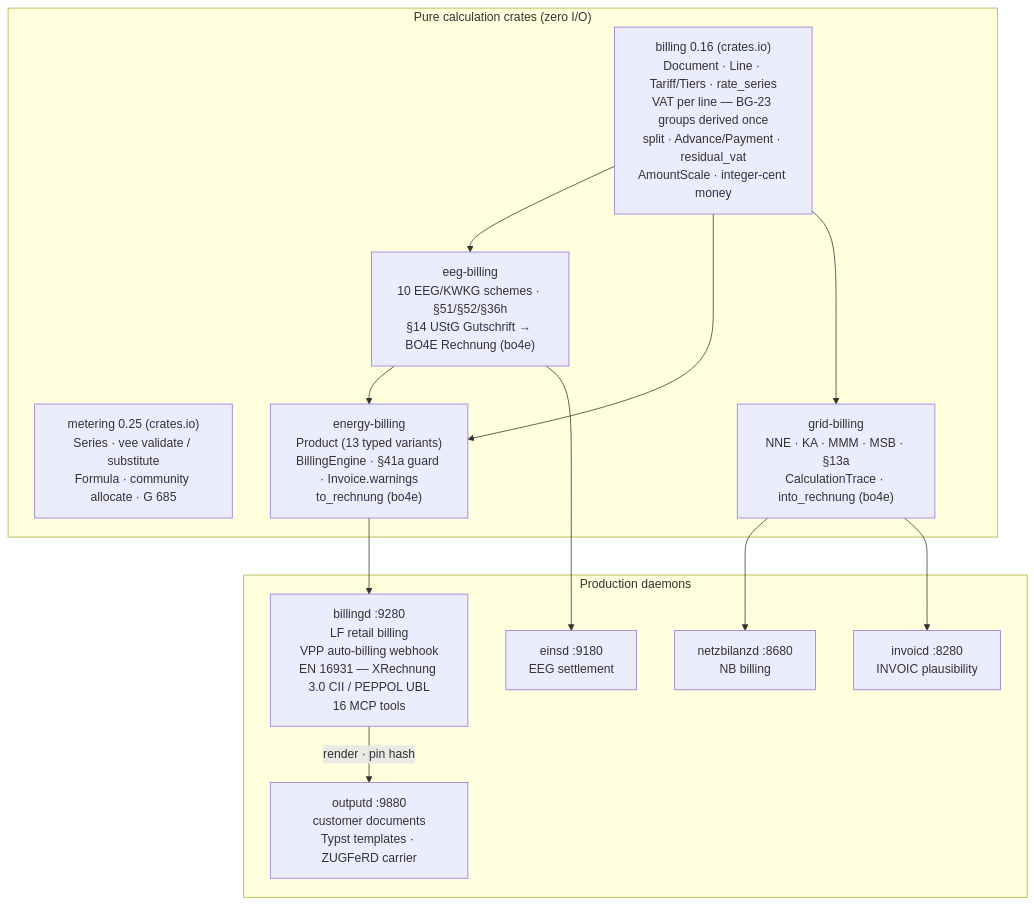
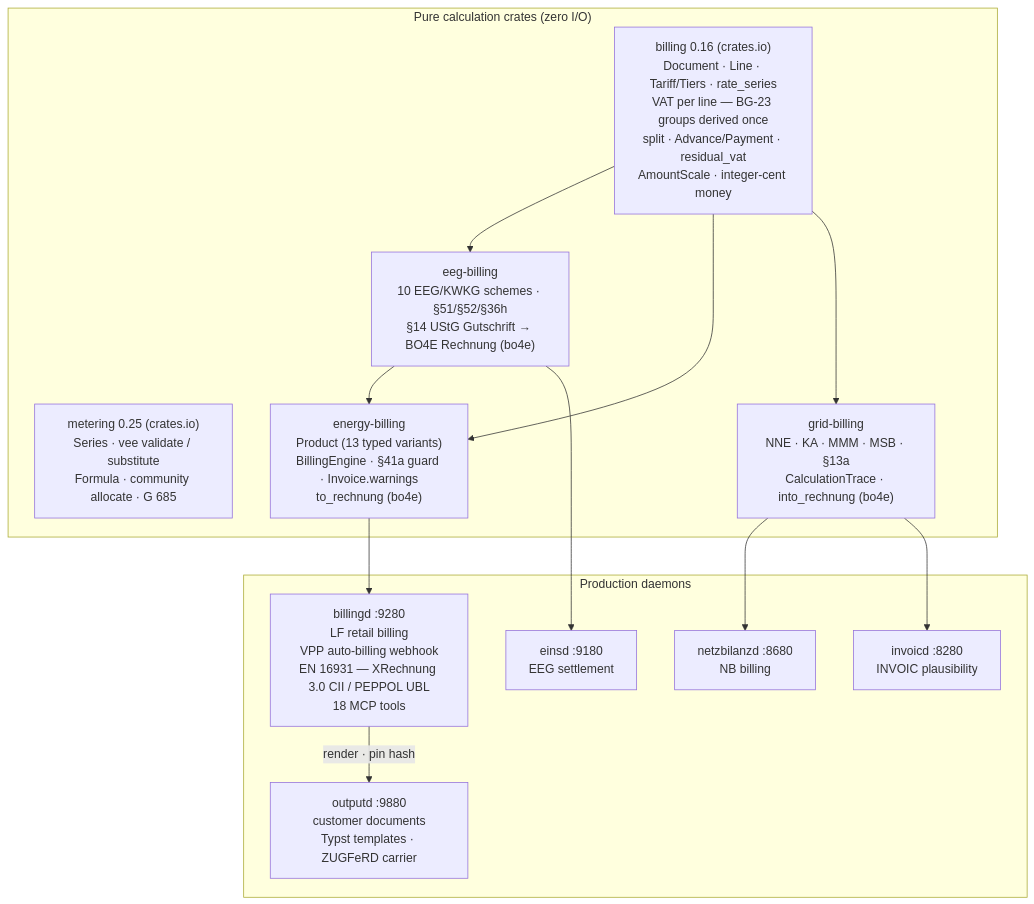
The third of 5 diagrams in site/content/docs/architecture/_index.md (hupe1980/mako), drawn with Mermaid before and after one commit. The commit also changed 584 other files, not shown here.

````diff
--- a/site/content/docs/architecture/_index.md
+++ b/site/content/docs/architecture/_index.md
@@ -177,28 +177,28 @@
 ```mermaid
 graph TD
     subgraph pure ["Pure calculation crates (zero I/O)"]
         billing["billing 0.16 (crates.io)<br/>Document · Line · Tariff/Tiers · rate_series<br/>VAT per line — BG-23 groups derived once<br/>split · Advance/Payment · residual_vat<br/>AmountScale · integer-cent money"]
         metering["metering 0.25 (crates.io)<br/>Series · vee validate / substitute<br/>Formula · community allocate · G 685"]
         eeg["eeg-billing<br/>10 EEG/KWKG schemes · §51/§52/§36h<br/>§14 UStG Gutschrift → BO4E Rechnung (bo4e)"]
         grid["grid-billing<br/>NNE · KA · MMM · MSB · §13a<br/>CalculationTrace · into_rechnung (bo4e)"]
         energy["energy-billing<br/>Product (13 typed variants)<br/>BillingEngine · §41a guard · Invoice.warnings<br/>to_rechnung (bo4e)"]
     end
 
     subgraph daemons ["Production daemons"]
         netzbilanzd["netzbilanzd :8680<br/>NB billing"]
         einsd["einsd :9180<br/>EEG settlement"]
-        billingd["billingd :9280<br/>LF retail billing<br/>VPP auto-billing webhook<br/>EN 16931 — XRechnung 3.0 CII / PEPPOL UBL<br/>16 MCP tools"]
+        billingd["billingd :9280<br/>LF retail billing<br/>VPP auto-billing webhook<br/>EN 16931 — XRechnung 3.0 CII / PEPPOL UBL<br/>18 MCP tools"]
         outputd["outputd :9880<br/>customer documents<br/>Typst templates · ZUGFeRD carrier"]
         invoicd["invoicd :8280<br/>INVOIC plausibility"]
     end
 
     billing --> eeg
     billing --> energy
     billing --> grid
     eeg --> energy
     eeg --> einsd
     grid --> netzbilanzd
     grid --> invoicd
     energy --> billingd
     billingd -->|render · pin hash| outputd
 ```
````
